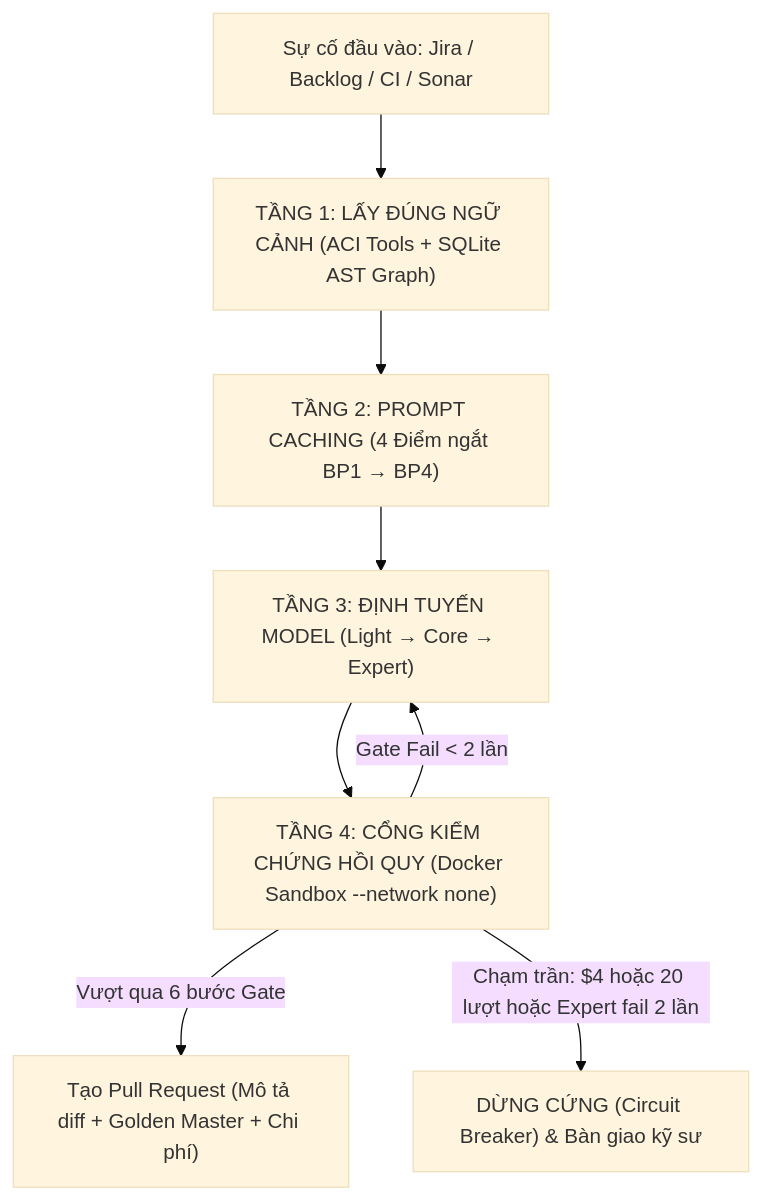
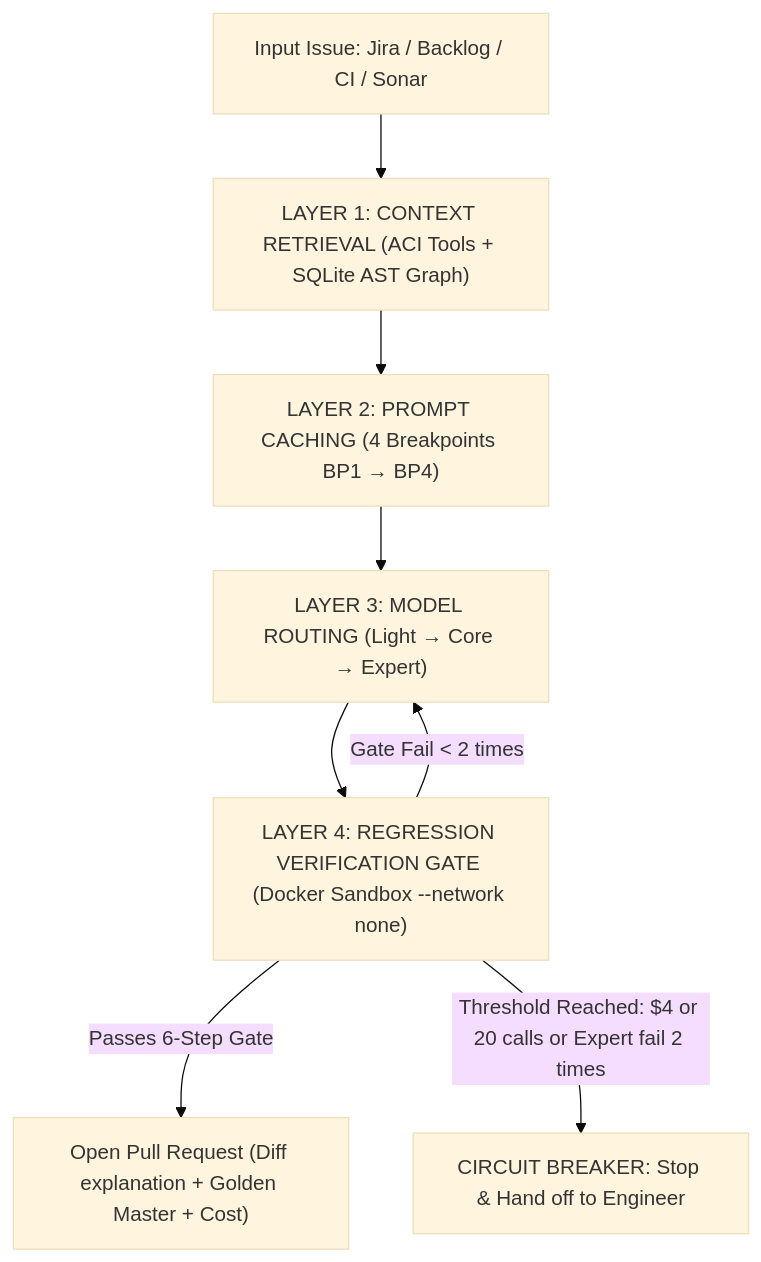
Before and after one commit to hoanghainh1188/aegis-code: the diagram in README.md, drawn with Mermaid (base theme). The commit also changed other lines of this file and 1 other file, not shown here.

````diff
--- a/README.md
+++ b/README.md
@@ -36,11 +45,11 @@
 ```mermaid
 flowchart TD
-    Issue["Sự cố đầu vào: Jira / Backlog / CI / Sonar"] --> T1["TẦNG 1: LẤY ĐÚNG NGỮ CẢNH (ACI Tools + SQLite AST Graph)"]
-    T1 --> T2["TẦNG 2: PROMPT CACHING (4 Điểm ngắt BP1 → BP4)"]
-    T2 --> T3["TẦNG 3: ĐỊNH TUYẾN MODEL (Light → Core → Expert)"]
-    T3 --> T4["TẦNG 4: CỔNG KIỂM CHỨNG HỒI QUY (Docker Sandbox --network none)"]
+    Issue["Input Issue: Jira / Backlog / CI / Sonar"] --> T1["LAYER 1: CONTEXT RETRIEVAL (ACI Tools + SQLite AST Graph)"]
+    T1 --> T2["LAYER 2: PROMPT CACHING (4 Breakpoints BP1 → BP4)"]
+    T2 --> T3["LAYER 3: MODEL ROUTING (Light → Core → Expert)"]
+    T3 --> T4["LAYER 4: REGRESSION VERIFICATION GATE (Docker Sandbox --network none)"]
     
-    T4 -->|Vượt qua 6 bước Gate| PR["Tạo Pull Request (Mô tả diff + Golden Master + Chi phí)"]
-    T4 -->|Gate Fail < 2 lần| T3
-    T4 -->|Chạm trần: $4 hoặc 20 lượt hoặc Expert fail 2 lần| Stop["DỪNG CỨNG (Circuit Breaker) & Bàn giao kỹ sư"]
+    T4 -->|Passes 6-Step Gate| PR["Open Pull Request (Diff explanation + Golden Master + Cost)"]
+    T4 -->|Gate Fail < 2 times| T3
+    T4 -->|Threshold Reached: $4 or 20 calls or Expert fail 2 times| Stop["CIRCUIT BREAKER: Stop & Hand off to Engineer"]
 ```
````
